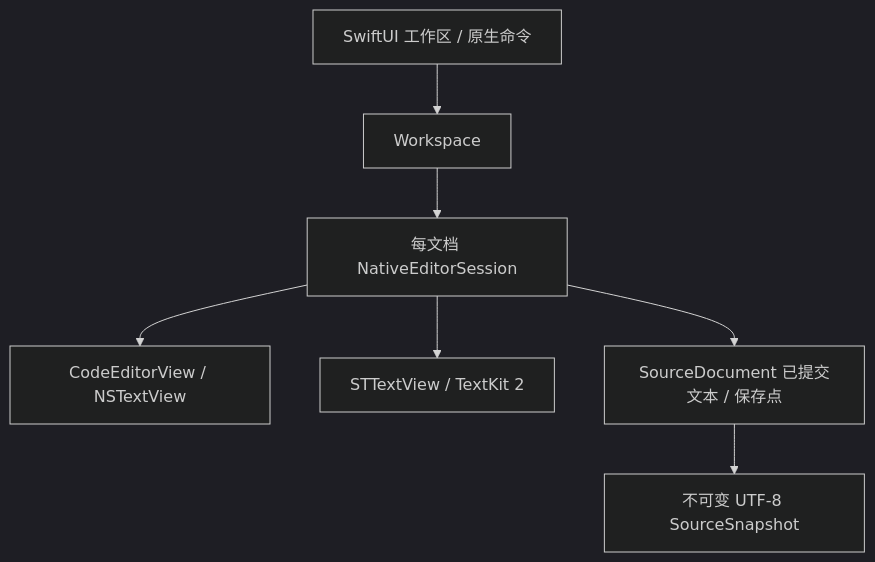
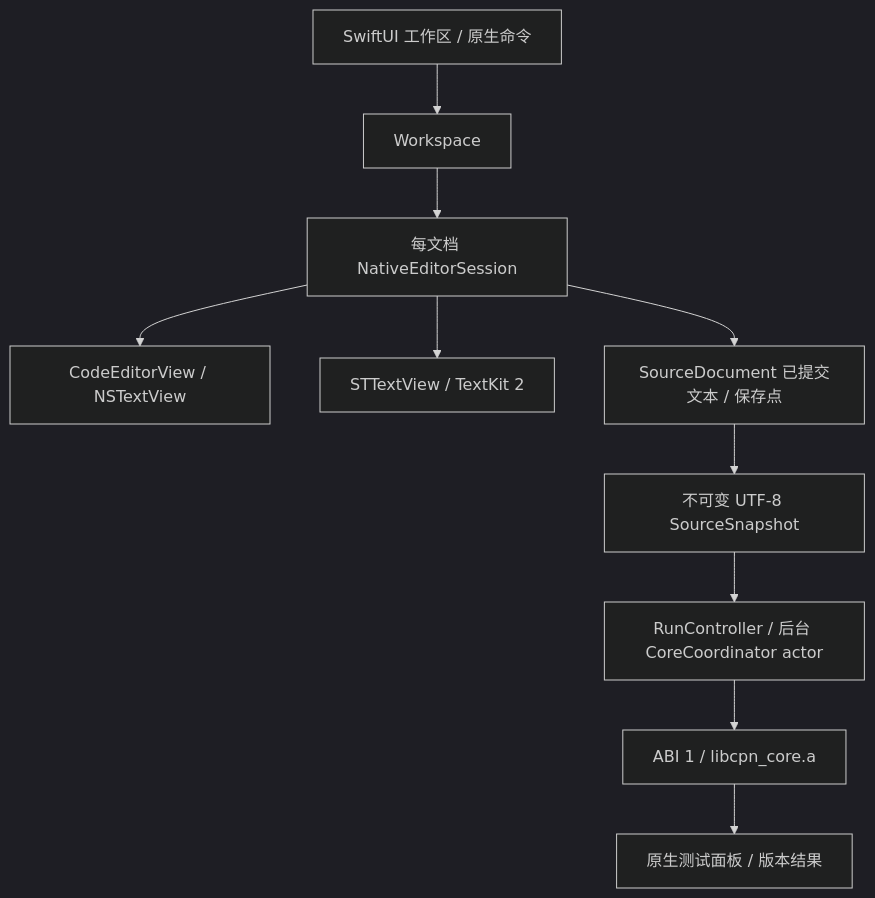
The diagram in apps/macos/README.md (A-BenLi06/CPeditor-Native), drawn with Mermaid (dark theme) before and after one commit. The commit also changed other lines of this file and 21 other files, not shown here.

````diff
--- a/apps/macos/README.md
+++ b/apps/macos/README.md
@@ -37,9 +39,12 @@
 ```mermaid
 flowchart TD
     Window[SwiftUI 工作区 / 原生命令] --> Workspace[Workspace]
     Workspace --> Session[每文档 NativeEditorSession]
     Session --> CEV[CodeEditorView / NSTextView]
     Session --> ST[STTextView / TextKit 2]
     Session --> Document[SourceDocument 已提交文本 / 保存点]
     Document --> Snapshot[不可变 UTF-8 SourceSnapshot]
+    Snapshot --> Runner[RunController / 后台 CoreCoordinator actor]
+    Runner --> ABI[ABI 1 / libcpn_core.a]
+    ABI --> Panel[原生测试面板 / 版本结果]
 ```
````
